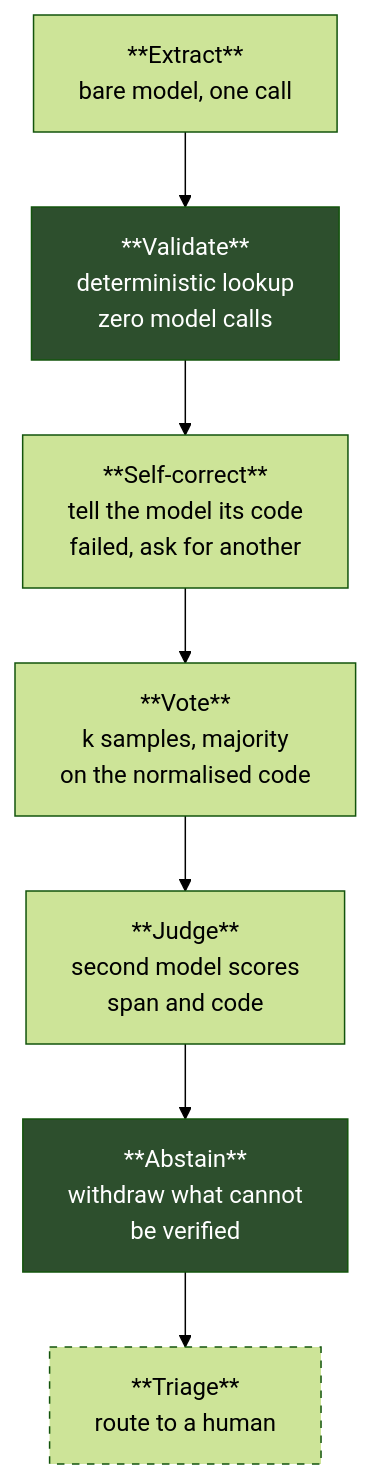
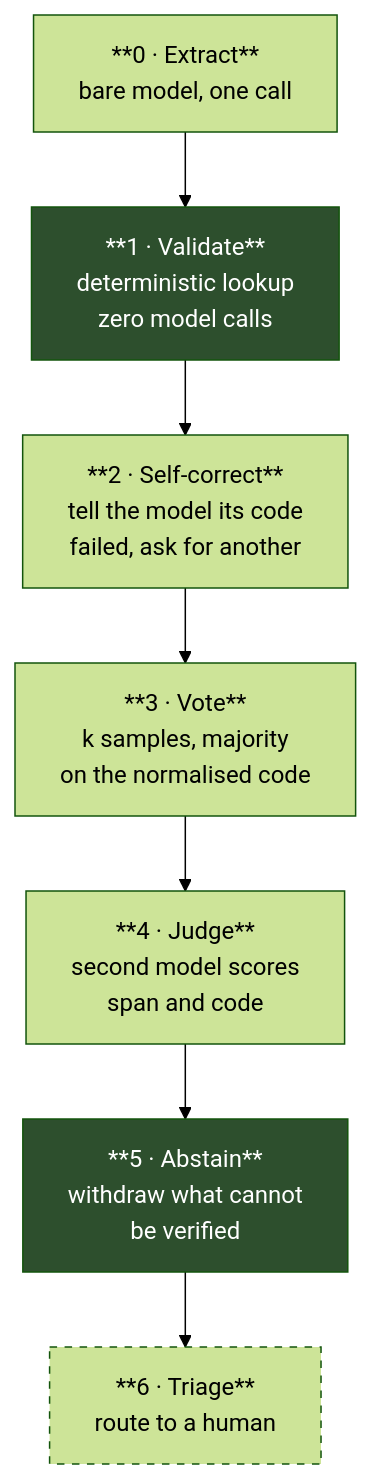
The first of 3 diagrams in docs/infoq-article-draft.md (wbagais/reliability-ladder), drawn with Mermaid (forest theme) before and after one commit. The commit also changed other lines of this file, not shown here.

````diff
--- a/docs/infoq-article-draft.md
+++ b/docs/infoq-article-draft.md
@@ -41,14 +41,14 @@
 ```mermaid
 flowchart TD
-    R0["**Extract**<br/>bare model, one call"] --> R1
-    R1["**Validate**<br/>deterministic lookup<br/>zero model calls"] --> R3
-    R3["**Self-correct**<br/>tell the model its code<br/>failed, ask for another"] --> R5
-    R5["**Vote**<br/>k samples, majority<br/>on the normalised code"] --> R4
-    R4["**Judge**<br/>second model scores<br/>span and code"] --> R2
-    R2["**Abstain**<br/>withdraw what cannot<br/>be verified"] --> R6
-    R6["**Triage**<br/>route to a human"]
+    R0["**0 · Extract**<br/>bare model, one call"] --> R1
+    R1["**1 · Validate**<br/>deterministic lookup<br/>zero model calls"] --> R2
+    R2["**2 · Self-correct**<br/>tell the model its code<br/>failed, ask for another"] --> R3
+    R3["**3 · Vote**<br/>k samples, majority<br/>on the normalised code"] --> R4
+    R4["**4 · Judge**<br/>second model scores<br/>span and code"] --> R5
+    R5["**5 · Abstain**<br/>withdraw what cannot<br/>be verified"] --> R6
+    R6["**6 · Triage**<br/>route to a human"]
 
     style R1 fill:#2d4f2d,color:#fff
-    style R2 fill:#2d4f2d,color:#fff
+    style R5 fill:#2d4f2d,color:#fff
     style R6 stroke-dasharray: 5 5
 ```
````
